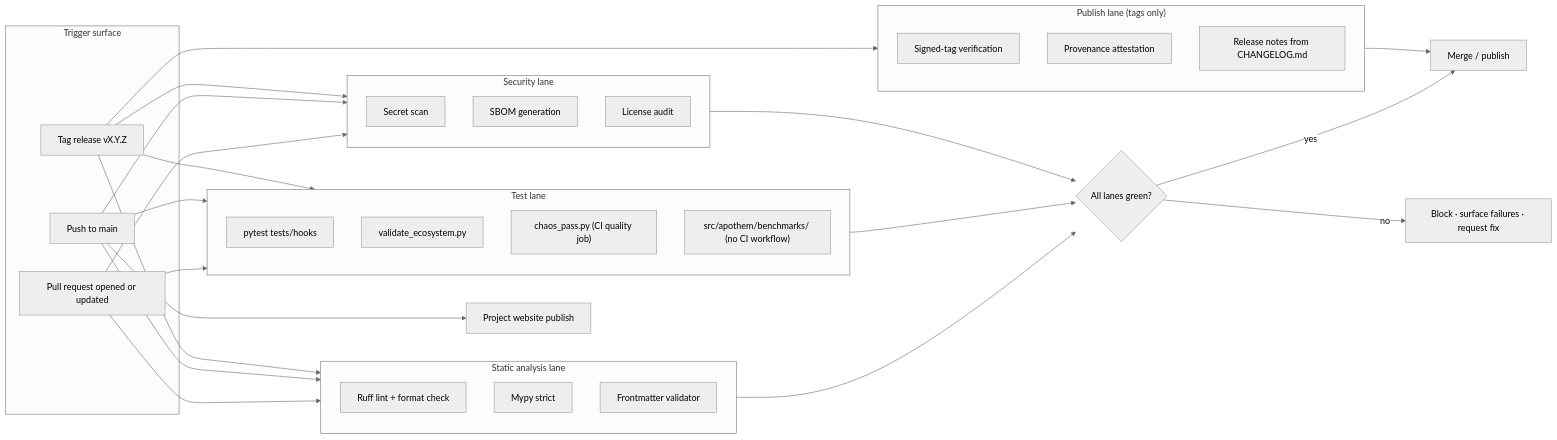
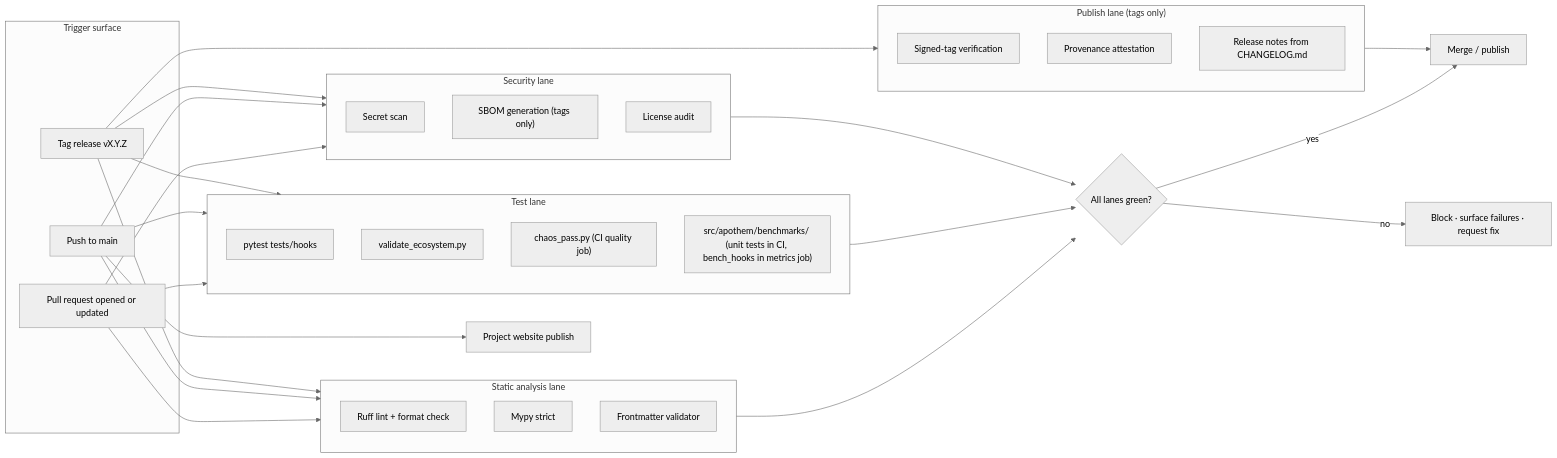
The diagram in site/content/docs/ar/architecture/cicd-pipeline.mdx (Ahmed-G-Gad/apothem), drawn with Mermaid before and after one commit. The commit also changed other lines of this file and 284 other files, not shown here.

````diff
--- a/site/content/docs/ar/architecture/cicd-pipeline.mdx
+++ b/site/content/docs/ar/architecture/cicd-pipeline.mdx
@@ -13,53 +13,53 @@
 ```mermaid
 %%{ init: { "theme": "neutral" } }%%
 %% verified: 2026-04-27 %%
 %% provenance: pyproject.toml + scripts/dev/validate_ecosystem.py + scripts/dev/validate_hooks.py %%
 %% cross-reference: site/content/docs/developer-guide.mdx (contributor workflow) %%
 flowchart LR
     accTitle: CI/CD pipeline shape
     accDescr: Left-to-right flowchart of the apothem CI CD pipeline showing build, test, lint, type-check, security scan, docs build, package, sign, and publish stages with branch protection gates between them.
     subgraph Trigger["Trigger surface"]
         PR["Pull request opened or updated"]
         PUSH["Push to main"]
         TAG["Tag release vX.Y.Z"]
     end
     subgraph Static["Static analysis lane"]
         LINT["Ruff lint + format check"]
         TYPE["Mypy strict"]
         FRONT["Frontmatter validator"]
     end
     subgraph Test["Test lane"]
         PYTEST["pytest tests/hooks"]
         ECO["validate_ecosystem.py"]
         CHAOS["chaos_pass.py (CI quality job)"]
-        BENCH["src/apothem/benchmarks/ (no CI workflow)"]
+        BENCH["src/apothem/benchmarks/ (unit tests in CI, bench_hooks in metrics job)"]
     end
     subgraph Security["Security lane"]
         SECRETS["Secret scan"]
-        SBOM["SBOM generation"]
+        SBOM["SBOM generation (tags only)"]
         LICENSE["License audit"]
     end
     subgraph Publish["Publish lane (tags only)"]
         SIGN["Signed-tag verification"]
         ATTEST["Provenance attestation"]
         RELEASE["Release notes from CHANGELOG.md"]
     end
     DOCS["Project website publish"]
     PR --> Static
     PR --> Test
     PR --> Security
     PUSH --> Static
     PUSH --> Test
     PUSH --> Security
     PUSH --> DOCS
     TAG --> Static
     TAG --> Test
     TAG --> Security
     TAG --> Publish
     Static --> GATE{All lanes green?}
     Test --> GATE
     Security --> GATE
     GATE -->|yes| MERGE[Merge / publish]
     GATE -->|no| BLOCK[Block · surface failures · request fix]
     Publish --> MERGE
 ```
````
